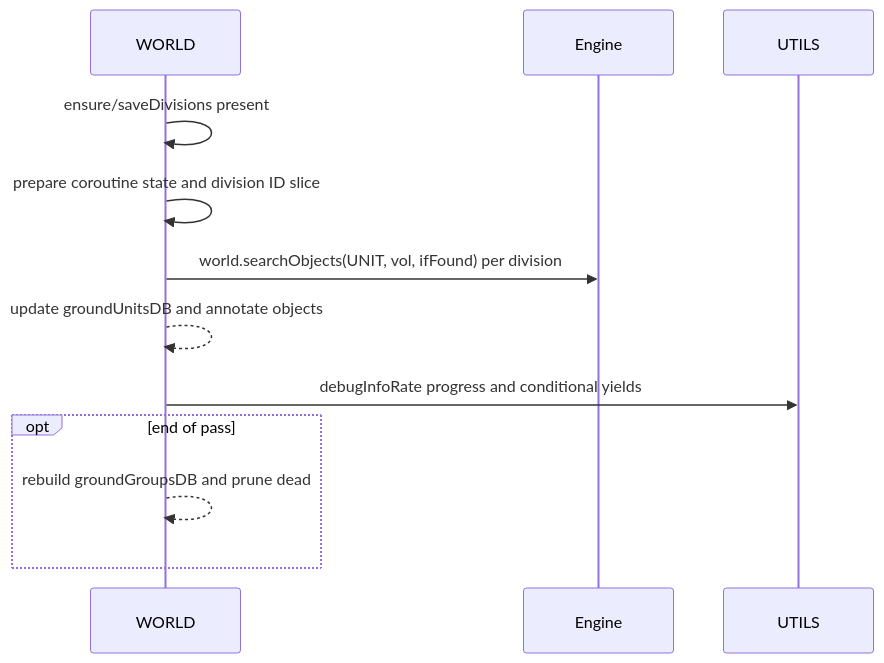
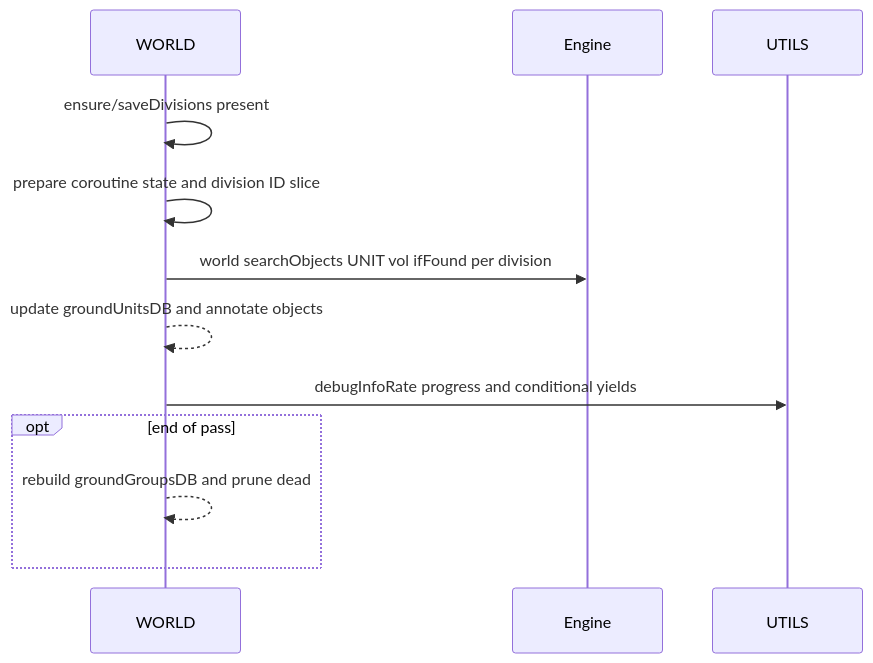
The sixth of 6 diagrams in docs/world/objects_and_db.md (Gh0st352/AETHR), drawn with Mermaid before and after one commit. The commit also changed other lines of this file, not shown here.

Commit message:
docs(objects_and_db): enhance clarity in mermaid diagrams for search functions and caching logic

````diff
--- a/docs/world/objects_and_db.md
+++ b/docs/world/objects_and_db.md
@@ -109,14 +109,14 @@
 ```mermaid
 sequenceDiagram
   participant W as WORLD
   participant E as Engine
   participant U as UTILS
   W->>W: ensure/saveDivisions present
   W->>W: prepare coroutine state and division ID slice
-  W->>E: world.searchObjects(UNIT, vol, ifFound) per division
+  W->>E: world searchObjects UNIT vol ifFound per division
   W-->>W: update groundUnitsDB and annotate objects
   W->>U: debugInfoRate progress and conditional yields
   opt end of pass
     W-->>W: rebuild groundGroupsDB and prune dead
   end
 ```
````
